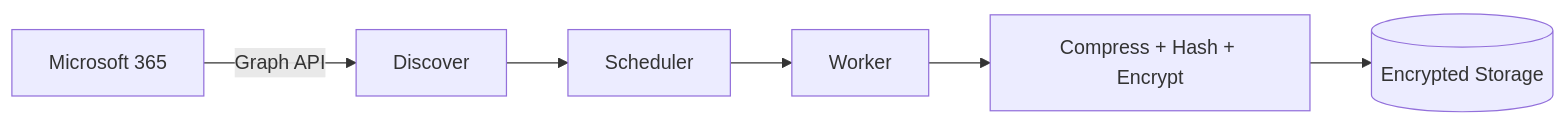
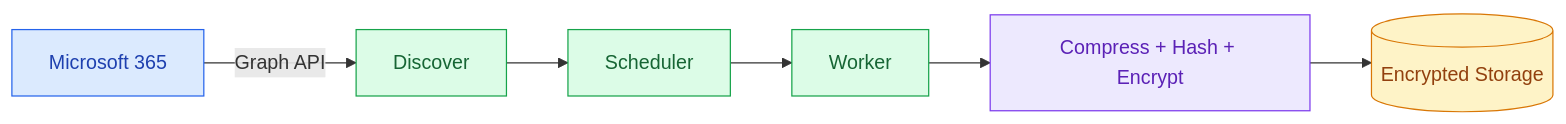
Before and after one commit to gpatwa/m365-vault: the second of 4 diagrams in docs/ARCHITECTURE.md, drawn with Mermaid. The commit also changed other lines of this file and 3 other files, not shown here.

First line of the commit message:
fix: colored Mermaid diagrams + remove all ASCII art duplicates

````diff
--- a/docs/ARCHITECTURE.md
+++ b/docs/ARCHITECTURE.md
@@ -23,8 +27,12 @@
 ```mermaid
 graph LR
-    A[Microsoft 365] -->|Graph API| B[Discover]
-    B --> C[Scheduler]
-    C --> D[Worker]
-    D --> E[Compress + Hash + Encrypt]
-    E --> F[(Encrypted Storage)]
+    A[Microsoft 365]:::source -->|Graph API| B[Discover]:::process
+    B --> C[Scheduler]:::process
+    C --> D[Worker]:::process
+    D --> E[Compress + Hash + Encrypt]:::secure
+    E --> F[(Encrypted Storage)]:::storage
+    classDef source fill:#dbeafe,stroke:#2563eb,color:#1e40af
+    classDef process fill:#dcfce7,stroke:#16a34a,color:#166534
+    classDef secure fill:#ede9fe,stroke:#7c3aed,color:#5b21b6
+    classDef storage fill:#fef3c7,stroke:#d97706,color:#92400e
 ```
````
